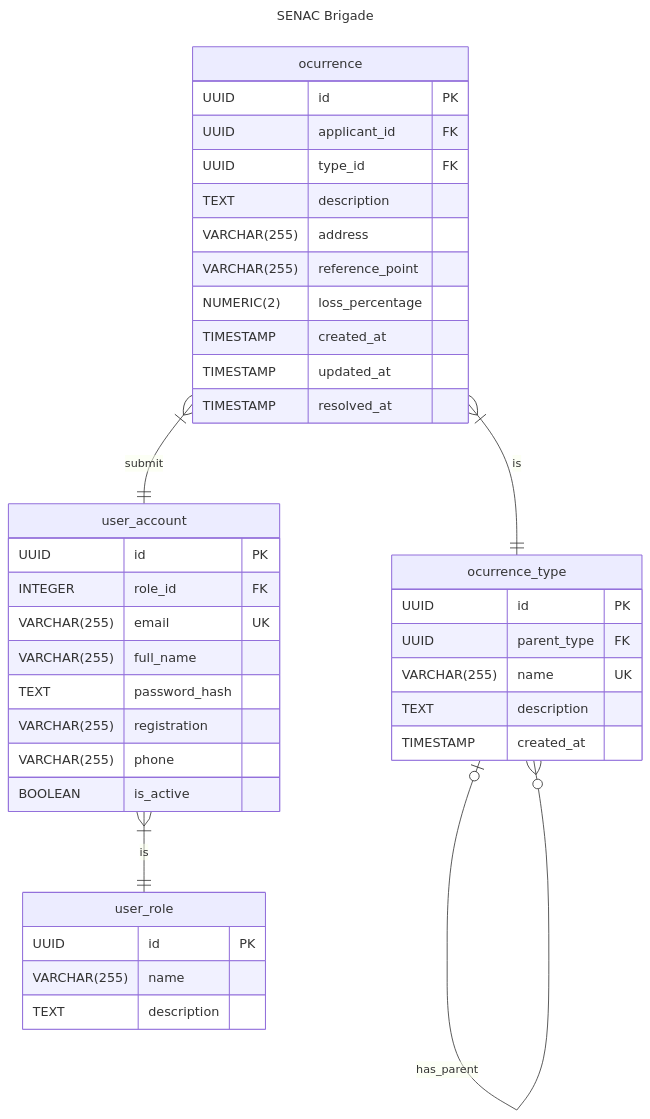
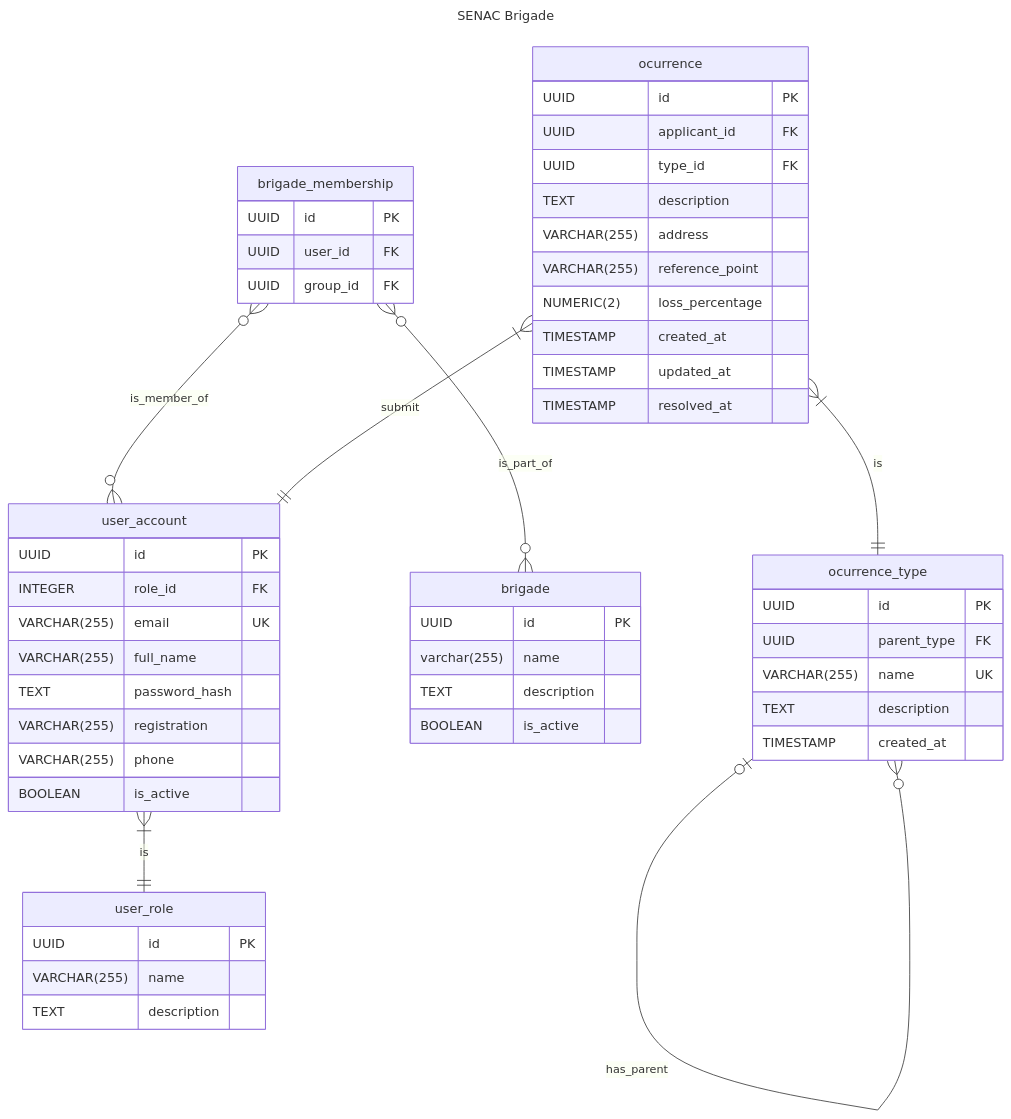
Before and after one commit to Kacaii/senac-brigade-server: the diagram in README.md, drawn with Mermaid. The commit also changed 1 other file, not shown here.

Commit message:
:card_file_box: add support for brigades / groups

````diff
--- a/README.md
+++ b/README.md
@@ -15,48 +15,63 @@
 ```mermaid
 ---
 title: SENAC Brigade
 ---
 erDiagram
 
     user_role {
         UUID id PK
         VARCHAR(255) name
         TEXT description
     }
 
     user_account }|--|| user_role : is
     user_account {
         UUID id PK
         INTEGER role_id FK
         VARCHAR(255) email UK
         VARCHAR(255) full_name
         TEXT password_hash
         VARCHAR(255) registration
         VARCHAR(255) phone
         BOOLEAN is_active
+    }
+
+     brigade {
+        UUID id PK
+        varchar(255) name
+        TEXT description
+        BOOLEAN is_active
+    }
+
+    brigade_membership }o--o{ user_account : is_member_of
+    brigade_membership }o--o{ brigade : is_part_of
+    brigade_membership {
+        UUID id PK
+        UUID user_id FK
+        UUID group_id FK
     }
 
     ocurrence_type |o--o{ ocurrence_type : has_parent
     ocurrence_type {
         UUID id PK
         UUID parent_type FK
         VARCHAR(255) name UK
         TEXT description
         TIMESTAMP created_at
     }
 
     ocurrence }|--|| user_account : submit
     ocurrence }|--|| ocurrence_type : is
     ocurrence {
         UUID id PK
         UUID applicant_id FK
         UUID type_id FK
         TEXT description
         VARCHAR(255) address
         VARCHAR(255) reference_point
         NUMERIC(2) loss_percentage
         TIMESTAMP created_at
         TIMESTAMP updated_at
         TIMESTAMP resolved_at
     }
 ```
````
